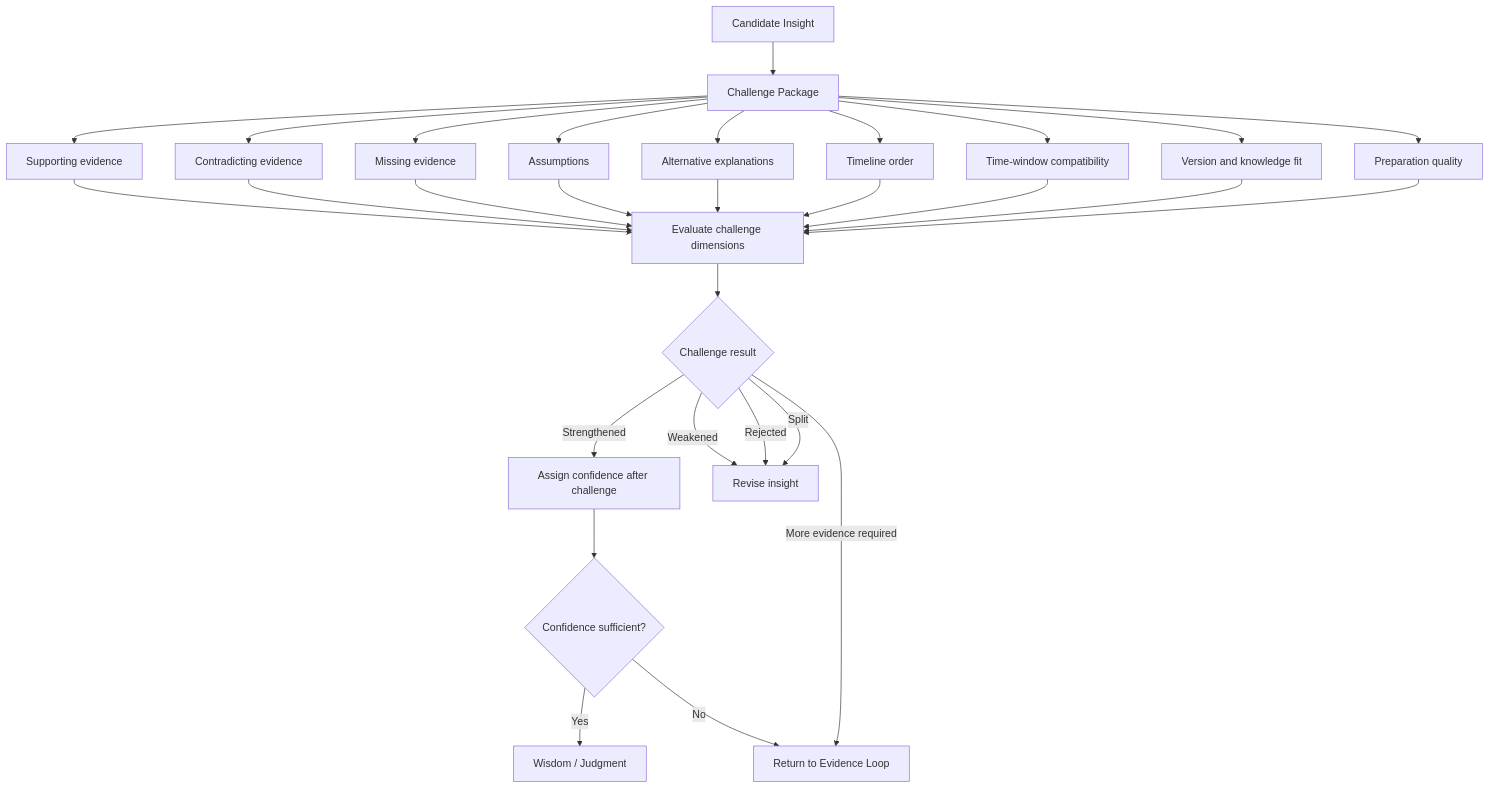
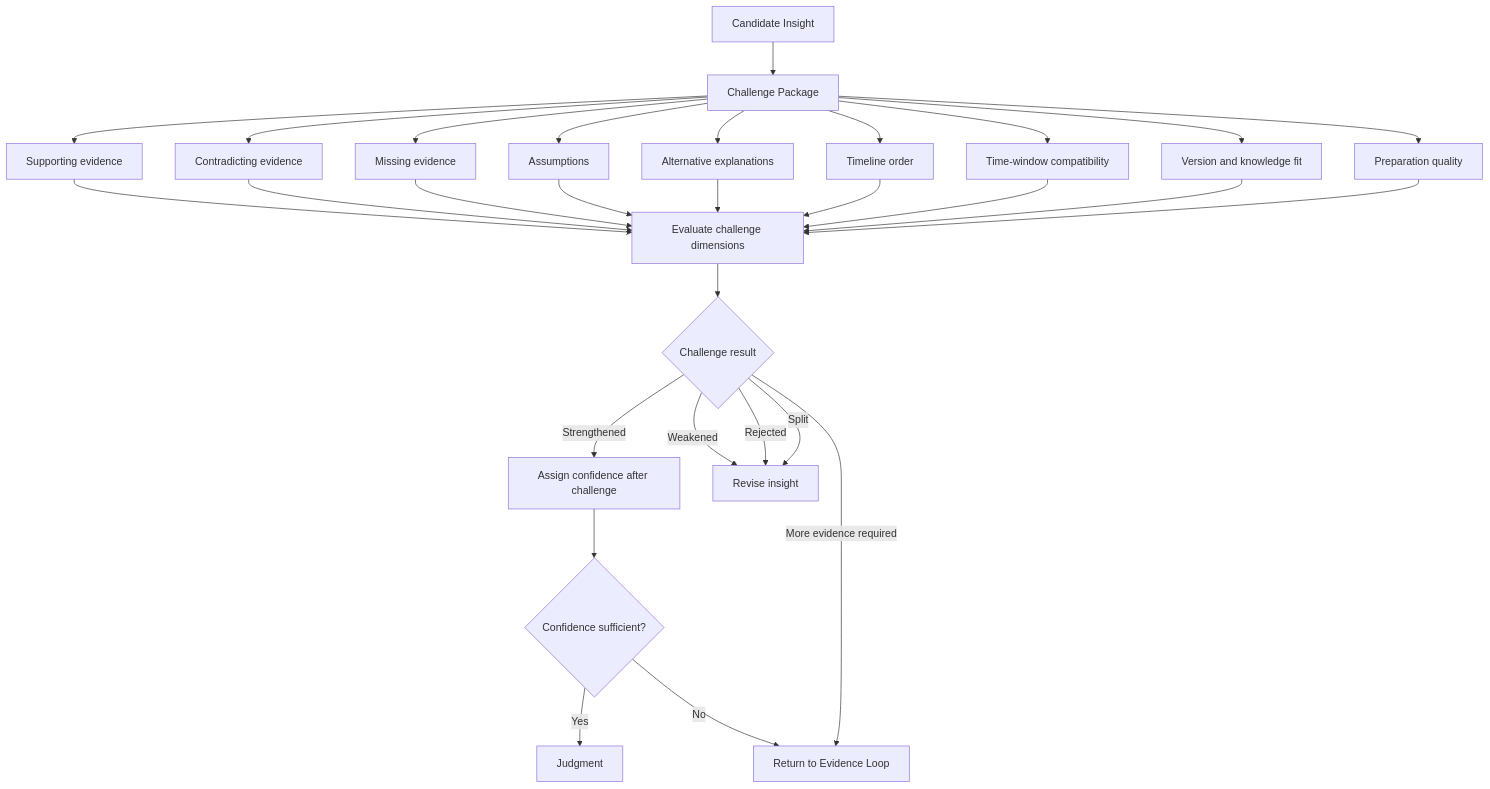
One commit to jasonriddell/egatf changed the diagram in framework/challenge-evaluation.md. Above: the diagram before and after it, drawn with Mermaid. The commit also changed other lines of this file and 12 other files, not shown here.

First line of the commit message:
Rename Wisdom to Judgment

````diff
--- a/framework/challenge-evaluation.md
+++ b/framework/challenge-evaluation.md
@@ -45,31 +45,31 @@
 ```mermaid
 flowchart TD
     A[Candidate Insight] --> B[Challenge Package]
     B --> S[Supporting evidence]
     B --> C[Contradicting evidence]
     B --> M[Missing evidence]
     B --> AS[Assumptions]
     B --> ALT[Alternative explanations]
     B --> T[Timeline order]
     B --> W[Time-window compatibility]
     B --> V[Version and knowledge fit]
     B --> P[Preparation quality]
     S --> E[Evaluate challenge dimensions]
     C --> E
     M --> E
     AS --> E
     ALT --> E
     T --> E
     W --> E
     V --> E
     P --> E
     E --> R{Challenge result}
     R -- Strengthened --> CONF[Assign confidence after challenge]
     R -- Weakened --> I[Revise insight]
     R -- Rejected --> I
     R -- Split --> I
     R -- More evidence required --> EV[Return to Evidence Loop]
     CONF --> GATE{Confidence sufficient?}
-    GATE -- Yes --> J[Wisdom / Judgment]
+    GATE -- Yes --> J[Judgment]
     GATE -- No --> EV
 ```
````
